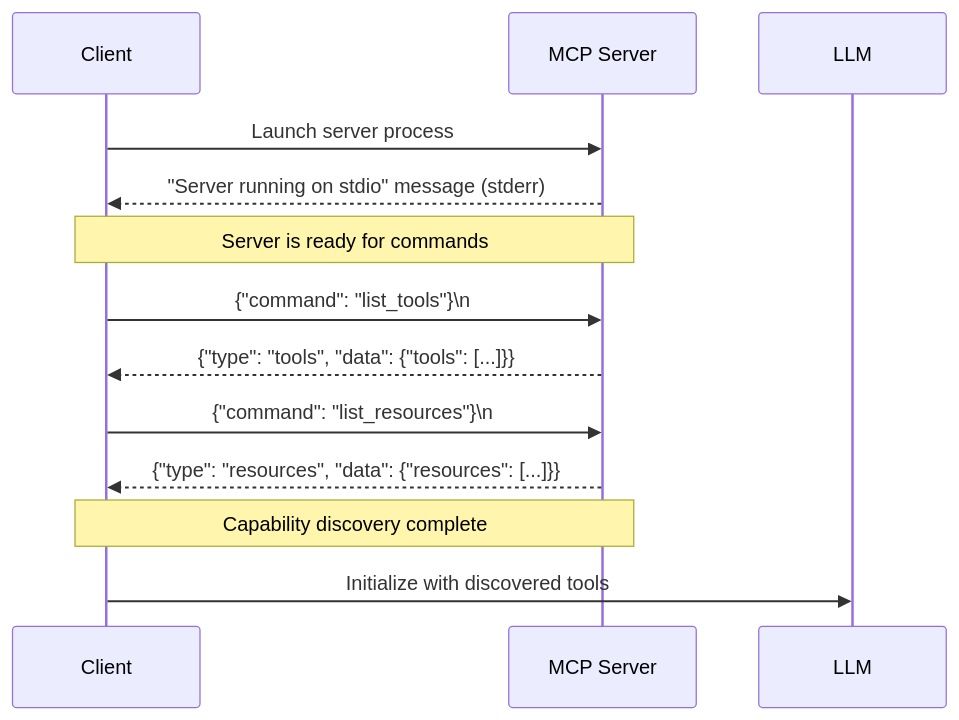
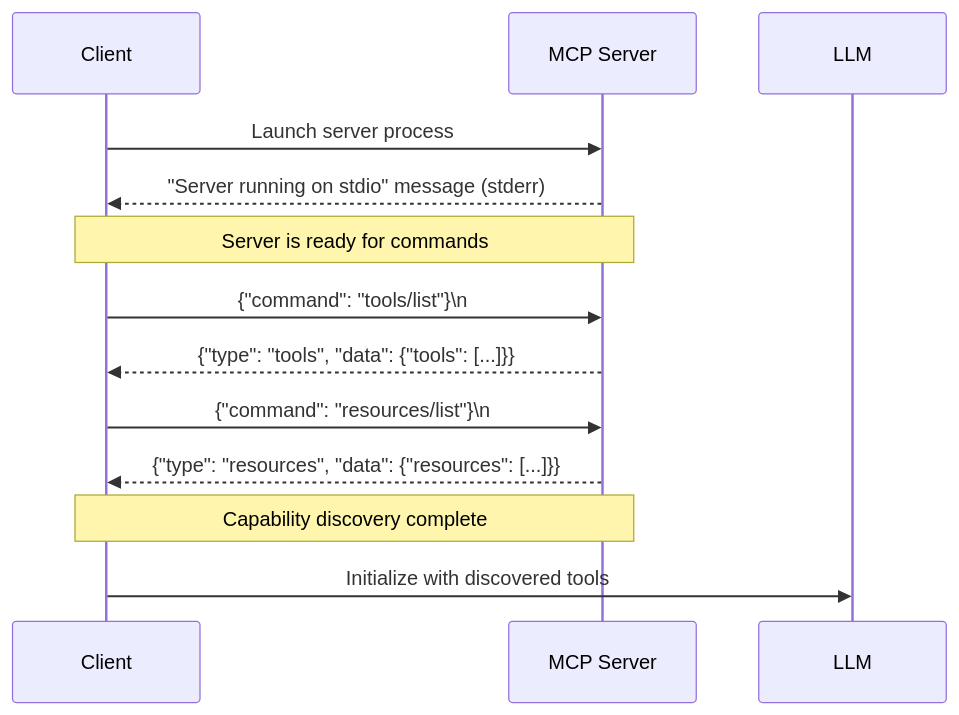
The second of 2 diagrams in dataflow.md (RinardNick/client_mcp), drawn with Mermaid before and after one commit. The commit also changed other lines of this file, not shown here.

Commit message:
update dataflow for correct tool call format

````diff
--- a/dataflow.md
+++ b/dataflow.md
@@ -504,16 +504,16 @@
 ```mermaid
 sequenceDiagram
     participant C as Client
     participant S as MCP Server
     participant L as LLM
 
     C->>S: Launch server process
     S-->>C: "Server running on stdio" message (stderr)
     Note over C,S: Server is ready for commands
-    C->>S: {"command": "list_tools"}\n
+    C->>S: {"command": "tools/list"}\n
     S-->>C: {"type": "tools", "data": {"tools": [...]}}
-    C->>S: {"command": "list_resources"}\n
+    C->>S: {"command": "resources/list"}\n
     S-->>C: {"type": "resources", "data": {"resources": [...]}}
     Note over C,S: Capability discovery complete
     C->>L: Initialize with discovered tools
 ```
````
